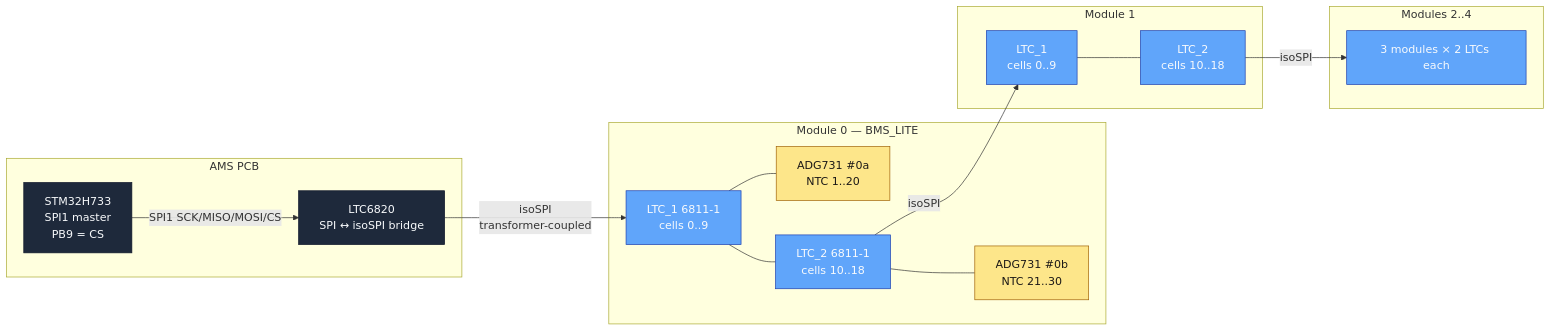
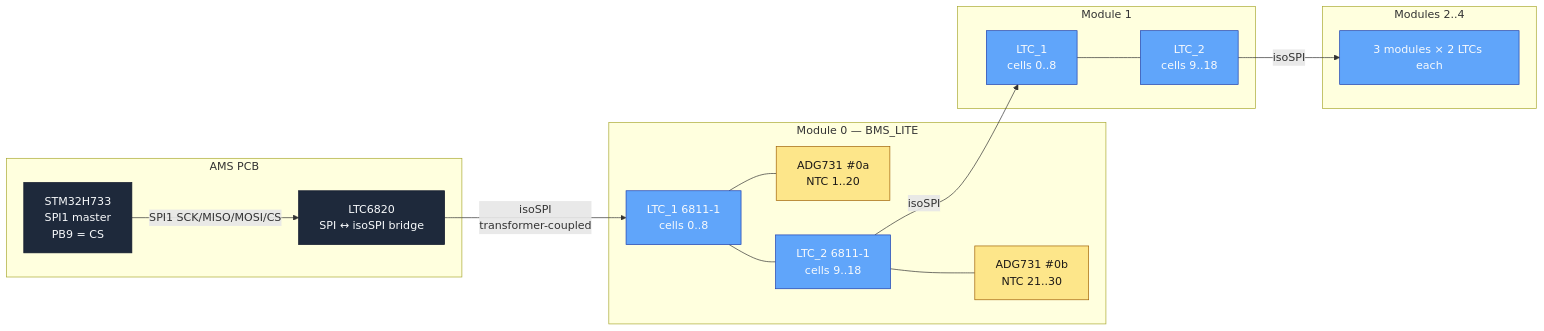
One commit to isc-fs/IFS08-CE-AMS changed the first of 3 diagrams in docs/BMS_LTC6811.md. Above: the diagram before and after it, drawn with Mermaid. The commit also changed other lines of this file and 38 other files, not shown here.

````diff
--- a/docs/BMS_LTC6811.md
+++ b/docs/BMS_LTC6811.md
@@ -31,39 +31,39 @@
 ```mermaid
 flowchart LR
     subgraph AMS_PCB[AMS PCB]
         MCU[STM32H733<br/>SPI1 master<br/>PB9 = CS]
         LTC6820[LTC6820<br/>SPI ↔ isoSPI bridge]
         MCU -- SPI1 SCK/MISO/MOSI/CS --> LTC6820
     end
 
     subgraph M0[Module 0 — BMS_LITE]
-        LTC0a[LTC_1 6811-1<br/>cells 0..9]
+        LTC0a[LTC_1 6811-1<br/>cells 0..8]
         MUX0a[ADG731 #0a<br/>NTC 1..20]
         LTC0a --- MUX0a
-        LTC0b[LTC_2 6811-1<br/>cells 10..18]
+        LTC0b[LTC_2 6811-1<br/>cells 9..18]
         MUX0b[ADG731 #0b<br/>NTC 21..30]
         LTC0b --- MUX0b
         LTC0a --- LTC0b
     end
 
     subgraph M1[Module 1]
-        LTC1a[LTC_1<br/>cells 0..9]
-        LTC1b[LTC_2<br/>cells 10..18]
+        LTC1a[LTC_1<br/>cells 0..8]
+        LTC1b[LTC_2<br/>cells 9..18]
         LTC1a --- LTC1b
     end
 
     subgraph Mx[Modules 2..4]
         Mod234[3 modules × 2 LTCs each]
     end
 
     LTC6820 -- "isoSPI<br/>transformer-coupled" --> LTC0a
     LTC0b -- "isoSPI" --> LTC1a
     LTC1b -- "isoSPI" --> Mod234
 
     classDef hw    fill:#1e293b,stroke:#0f172a,color:#f8fafc
     classDef ltc   fill:#60a5fa,stroke:#1e40af,color:#f8fafc
     classDef mux   fill:#fde68a,stroke:#a16207,color:#1c1917
     class MCU,LTC6820 hw
     class LTC0a,LTC0b,LTC1a,LTC1b,Mod234 ltc
     class MUX0a,MUX0b mux
 ```
````
